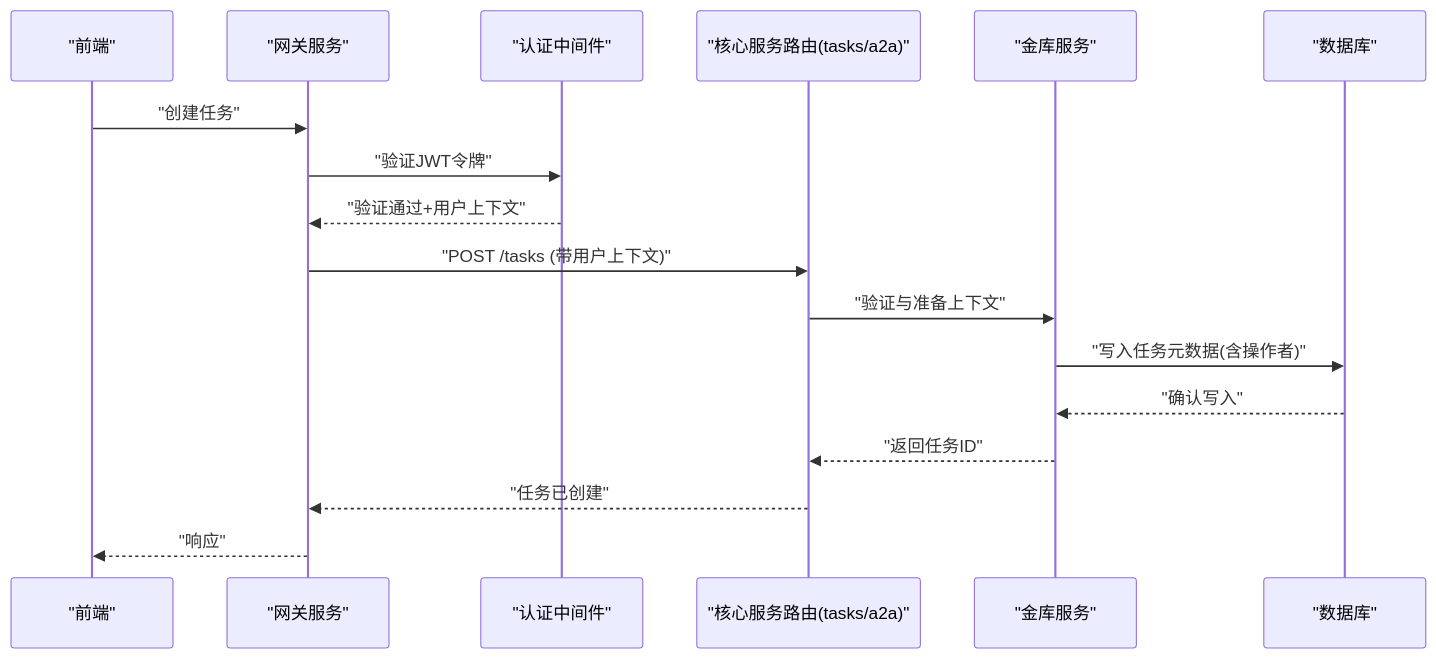
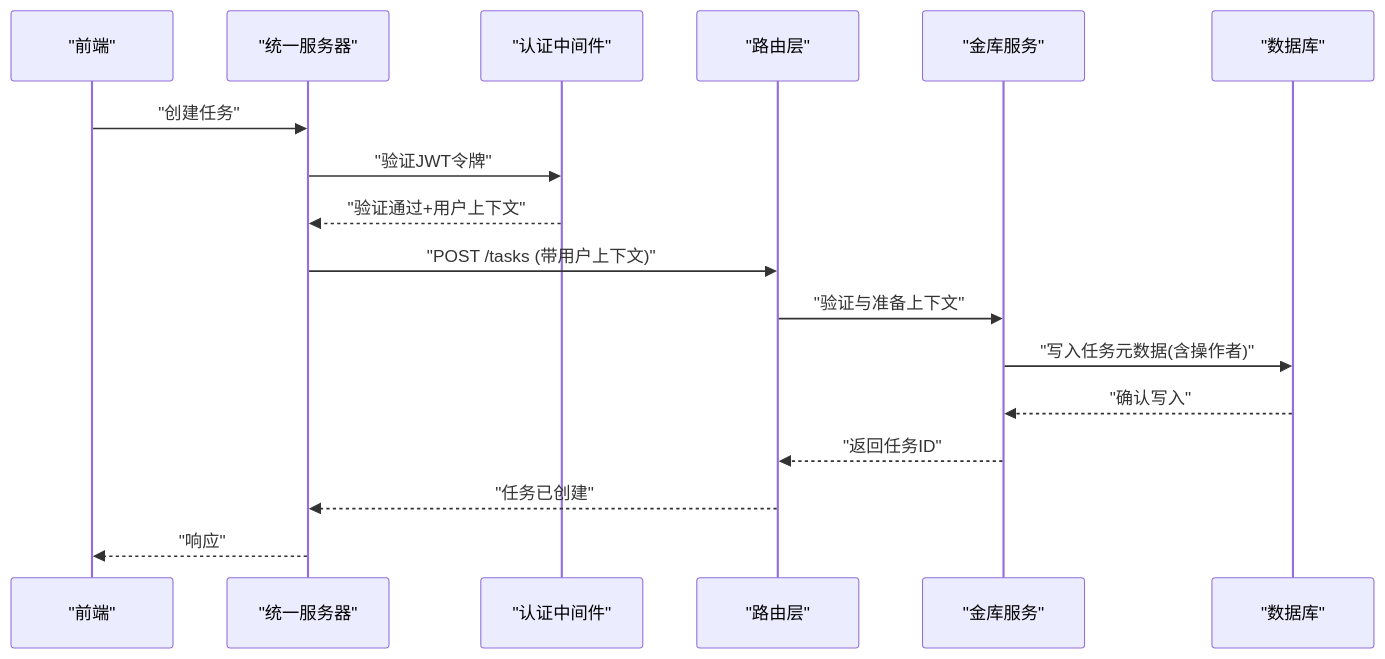
The seventh of 10 diagrams in .qoder/repowiki/zh/content/核心组件/双服务器架构.md (Maki3991/study-PactLedger), drawn with Mermaid before and after one commit. The commit also changed other lines of this file and 8 other files, not shown here.

````diff
--- a/.qoder/repowiki/zh/content/核心组件/双服务器架构.md
+++ b/.qoder/repowiki/zh/content/核心组件/双服务器架构.md
@@ -386,19 +308,19 @@
 ```mermaid
 sequenceDiagram
 participant FE as "前端"
-participant GW as "网关服务"
+participant SVR as "统一服务器"
 participant AUTH as "认证中间件"
-participant RT as "核心服务路由(tasks/a2a)"
+participant RT as "路由层"
 participant SVC as "金库服务"
 participant DB as "数据库"
-FE->>GW : "创建任务"
-GW->>AUTH : "验证JWT令牌"
-AUTH-->>GW : "验证通过+用户上下文"
-GW->>RT : "POST /tasks (带用户上下文)"
+FE->>SVR : "创建任务"
+SVR->>AUTH : "验证JWT令牌"
+AUTH-->>SVR : "验证通过+用户上下文"
+SVR->>RT : "POST /tasks (带用户上下文)"
 RT->>SVC : "验证与准备上下文"
 SVC->>DB : "写入任务元数据(含操作者)"
 DB-->>SVC : "确认写入"
 SVC-->>RT : "返回任务ID"
-RT-->>GW : "任务已创建"
-GW-->>FE : "响应"
+RT-->>SVR : "任务已创建"
+SVR-->>FE : "响应"
 ```
````
